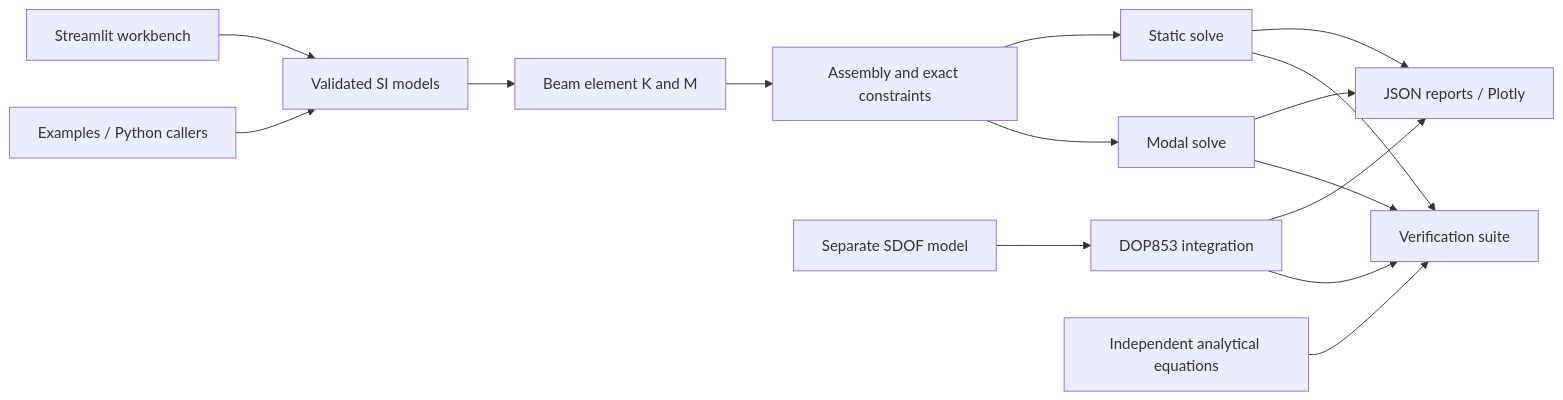
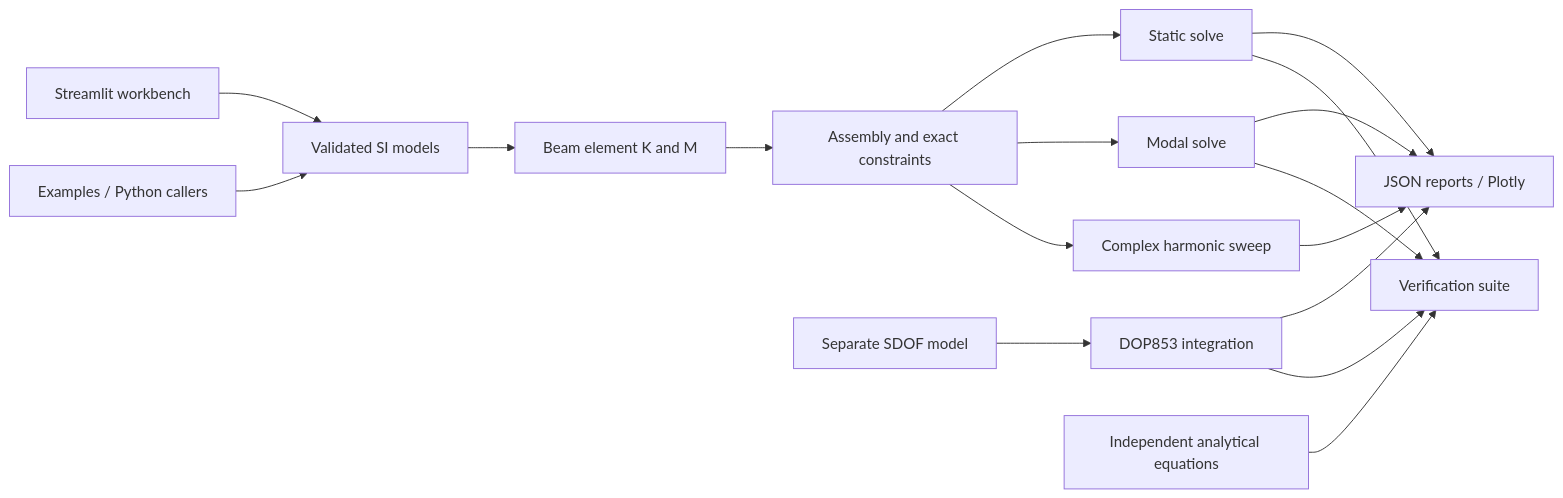
One commit to AsherFerdinand/VIBRA changed the diagram in docs/architecture.md. Above: the diagram before and after it, drawn with Mermaid. The commit also changed other lines of this file and 25 other files, not shown here.

````diff
--- a/docs/architecture.md
+++ b/docs/architecture.md
@@ -9,17 +9,19 @@
 ```mermaid
 flowchart LR
     UI[Streamlit workbench] --> Models[Validated SI models]
     Examples[Examples / Python callers] --> Models
     Models --> Element[Beam element K and M]
     Element --> Assembly[Assembly and exact constraints]
     Assembly --> Static[Static solve]
     Assembly --> Modal[Modal solve]
+    Assembly --> Harmonic[Complex harmonic sweep]
+    Harmonic --> Output
     SDOF[Separate SDOF model] --> Integrator[DOP853 integration]
     Static --> Output[JSON reports / Plotly]
     Modal --> Output
     Integrator --> Output
     Benchmarks[Independent analytical equations] --> Tests[Verification suite]
     Static --> Tests
     Modal --> Tests
     Integrator --> Tests
 ```
````
